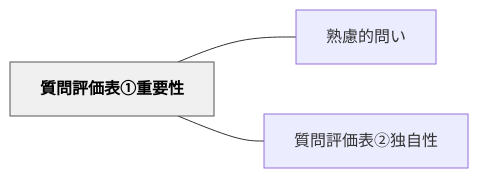
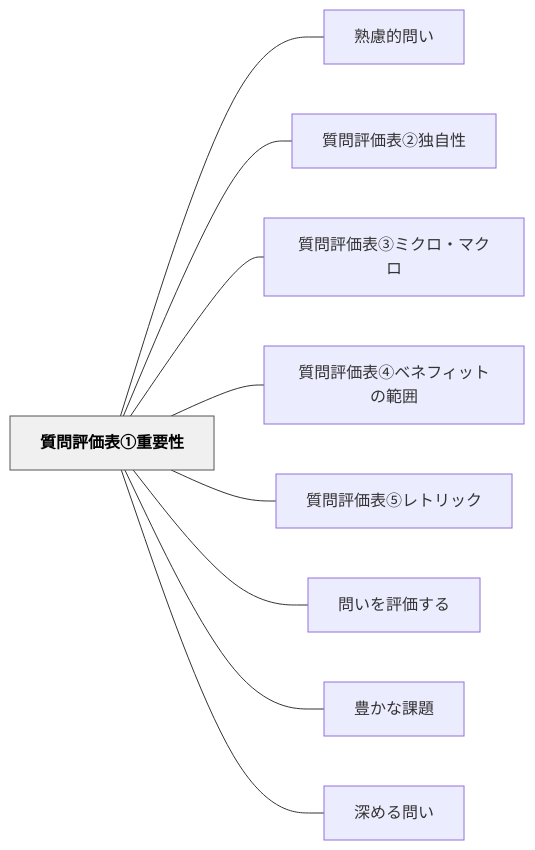
The diagram in content/パタン/質問評価表①重要性.md (unknownthings-ed-patterns/unknownthings-ed-patterns), drawn with Mermaid before and after one commit. The commit also changed other lines of this file and 44 other files, not shown here.

````diff
--- a/content/パタン/質問評価表①重要性.md
+++ b/content/パタン/質問評価表①重要性.md
@@ -47,12 +53,24 @@
 ```mermaid
 flowchart LR
     ne8b3aae5958fe8a995e4bea1e8a1a8e291a0e9878de8a681e680a7["質問評価表①重要性"]
     ne7869fe685aee79a84e5958fe38184["熟慮的問い"]
     ne8b3aae5958fe8a995e4bea1e8a1a8e291a1e78bace887aae680a7["質問評価表②独自性"]
+    ne8b3aae5958fe8a995e4bea1e8a1a8e291a2e3839fe382afe383ade383bbe3839ee382afe383ad["質問評価表③ミクロ・マクロ"]
+    ne8b3aae5958fe8a995e4bea1e8a1a8e291a3e38399e3838de38395e382a3e38383e38388e381aee7af84e59bb2["質問評価表④ベネフィットの範囲"]
+    ne8b3aae5958fe8a995e4bea1e8a1a8e291a4e383ace38388e383aae38383e382af["質問評価表⑤レトリック"]
+    ne5958fe38184e38292e8a995e4bea1e38199e3828b["問いを評価する"]
+    ne8b18ae3818be381aae8aab2e9a18c["豊かな課題"]
+    ne6b7b1e38281e3828be5958fe38184["深める問い"]
 
     ne8b3aae5958fe8a995e4bea1e8a1a8e291a0e9878de8a681e680a7 --- ne7869fe685aee79a84e5958fe38184
     ne8b3aae5958fe8a995e4bea1e8a1a8e291a0e9878de8a681e680a7 --- ne8b3aae5958fe8a995e4bea1e8a1a8e291a1e78bace887aae680a7
+    ne8b3aae5958fe8a995e4bea1e8a1a8e291a0e9878de8a681e680a7 --- ne8b3aae5958fe8a995e4bea1e8a1a8e291a2e3839fe382afe383ade383bbe3839ee382afe383ad
+    ne8b3aae5958fe8a995e4bea1e8a1a8e291a0e9878de8a681e680a7 --- ne8b3aae5958fe8a995e4bea1e8a1a8e291a3e38399e3838de38395e382a3e38383e38388e381aee7af84e59bb2
+    ne8b3aae5958fe8a995e4bea1e8a1a8e291a0e9878de8a681e680a7 --- ne8b3aae5958fe8a995e4bea1e8a1a8e291a4e383ace38388e383aae38383e382af
+    ne8b3aae5958fe8a995e4bea1e8a1a8e291a0e9878de8a681e680a7 --- ne5958fe38184e38292e8a995e4bea1e38199e3828b
+    ne8b3aae5958fe8a995e4bea1e8a1a8e291a0e9878de8a681e680a7 --- ne8b18ae3818be381aae8aab2e9a18c
+    ne8b3aae5958fe8a995e4bea1e8a1a8e291a0e9878de8a681e680a7 --- ne6b7b1e38281e3828be5958fe38184
 
     classDef hub fill:#f0f0f0,stroke:#555,color:#000,font-weight:bold
     class ne8b3aae5958fe8a995e4bea1e8a1a8e291a0e9878de8a681e680a7 hub
 ```
````
